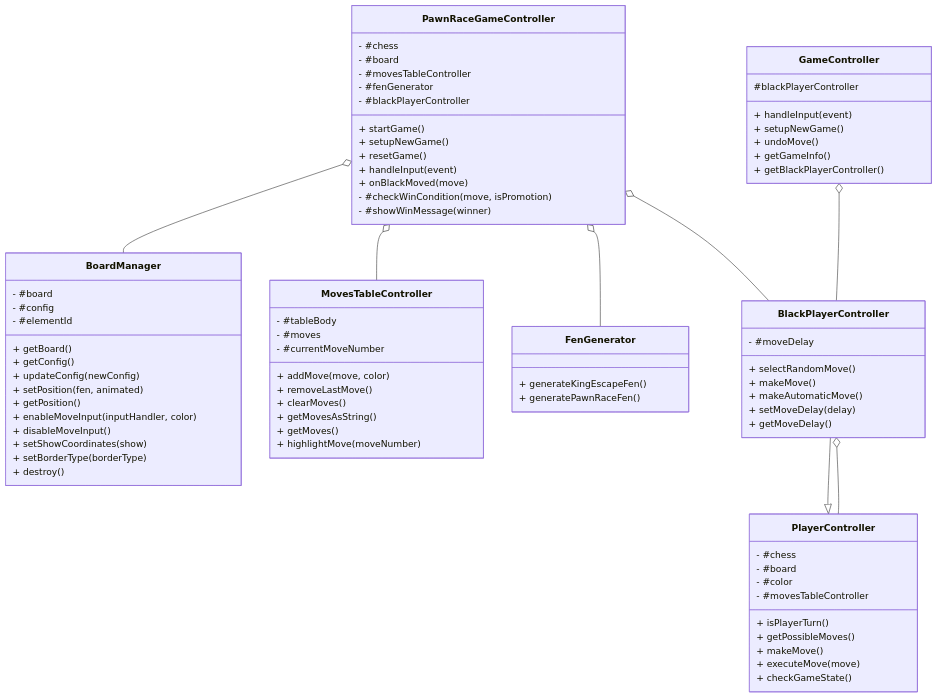
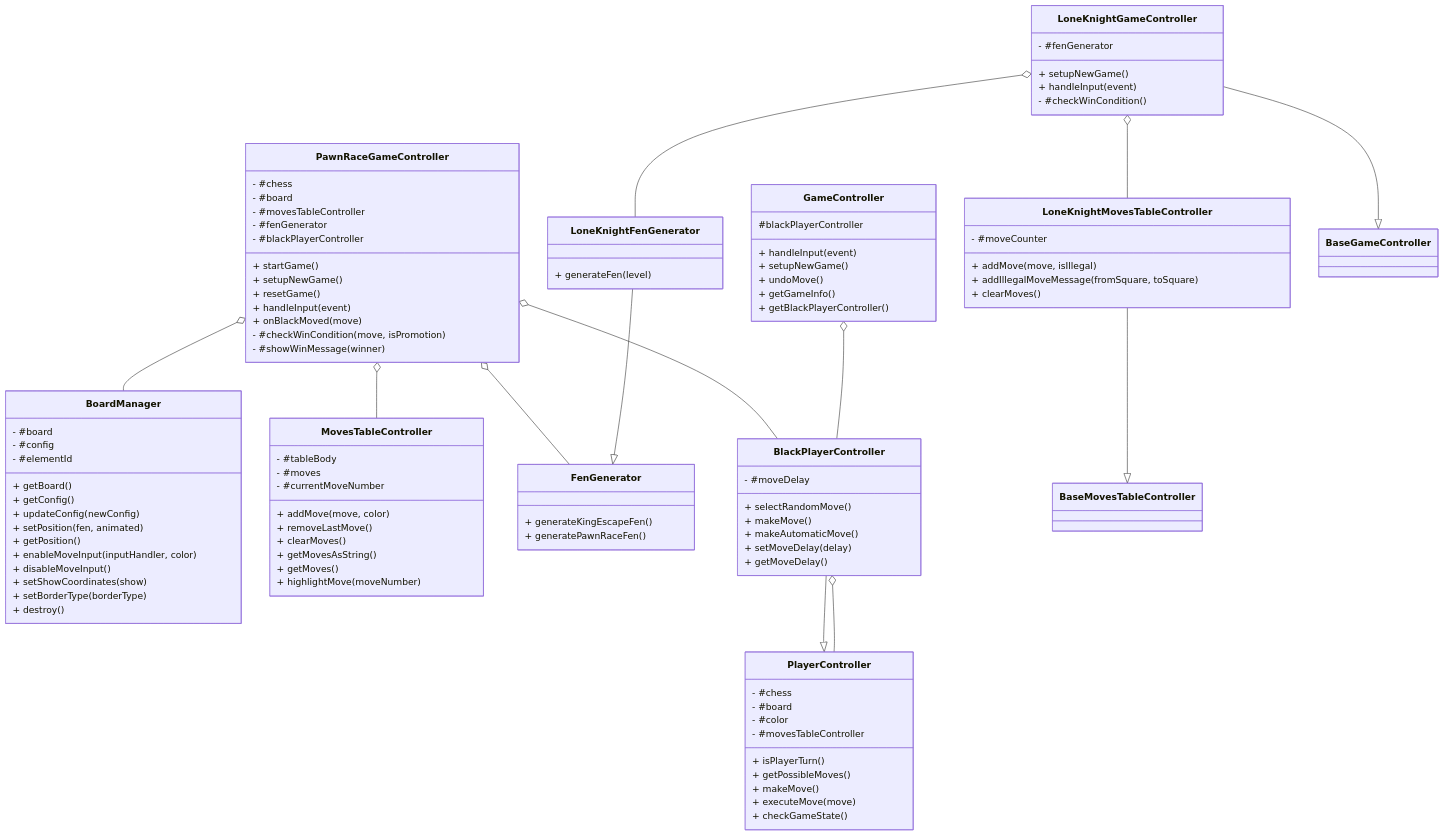
The diagram in class-diagram.md (Rjj18/chess_assist), drawn with Mermaid before and after one commit. The commit also changed 8 other files, not shown here.

Commit message:
feat: Add Lone Knight mode with game logic, UI, and styles

````diff
--- a/class-diagram.md
+++ b/class-diagram.md
@@ -78,6 +78,24 @@
         + getBlackPlayerController()
     }
 
+    class LoneKnightGameController {
+        - #fenGenerator
+        + setupNewGame()
+        + handleInput(event)
+        - #checkWinCondition()
+    }
+
+    class LoneKnightMovesTableController {
+        - #moveCounter
+        + addMove(move, isIllegal)
+        + addIllegalMoveMessage(fromSquare, toSquare)
+        + clearMoves()
+    }
+
+    class LoneKnightFenGenerator {
+        + generateFen(level)
+    }
+
     BlackPlayerController --|> PlayerController
     PawnRaceGameController o-- BoardManager
     PawnRaceGameController o-- MovesTableController
@@ -85,4 +103,9 @@
     PawnRaceGameController o-- BlackPlayerController
     GameController o-- BlackPlayerController
     BlackPlayerController o-- PlayerController
+    LoneKnightGameController --|> BaseGameController
+    LoneKnightGameController o-- LoneKnightMovesTableController
+    LoneKnightGameController o-- LoneKnightFenGenerator
+    LoneKnightMovesTableController --|> BaseMovesTableController
+    LoneKnightFenGenerator --|> FenGenerator
 ```
````
